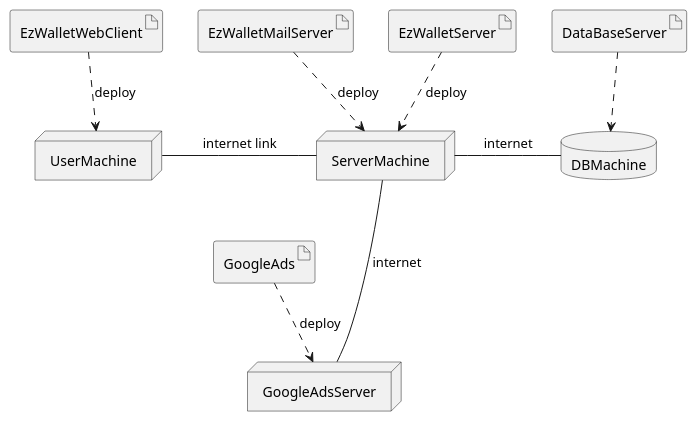
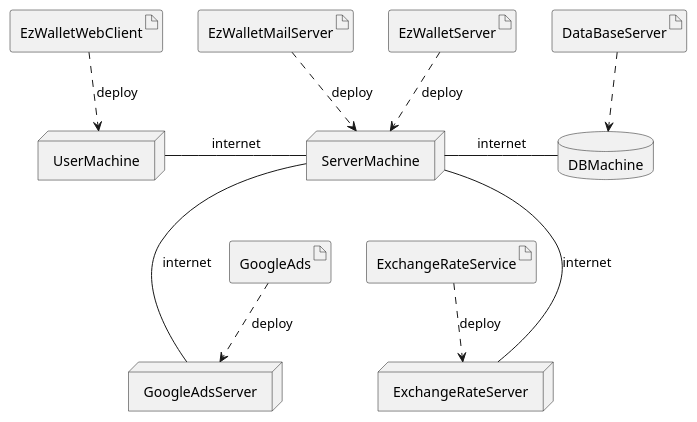
The fifth of 5 diagrams in RequirementsDocumentV2.md (lara-m2000/ezwallet), drawn with PlantUML before and after one commit. The commit also changed other lines of this file, not shown here.

````diff
--- a/RequirementsDocumentV2.md
+++ b/RequirementsDocumentV2.md
@@ -1312,36 +1319,43 @@
 ```plantuml
 @startuml
 
 artifact EzWalletMailServer
 artifact EzWalletServer
 node ServerMachine
 
 EzWalletServer ..> ServerMachine : deploy
 EzWalletMailServer ..> ServerMachine : deploy
 
 artifact DataBaseServer
 database DBMachine
 
 DataBaseServer ..> DBMachine
 
 
 
 ServerMachine - DBMachine : internet
 
 artifact EzWalletWebClient
 node UserMachine
 
 EzWalletWebClient ..> UserMachine : deploy
 
-UserMachine - ServerMachine : internet link
+UserMachine - ServerMachine : internet
 
 artifact GoogleAds
 node GoogleAdsServer
 
 GoogleAds ..> GoogleAdsServer : deploy
 
 ServerMachine --- GoogleAdsServer : internet
 
+artifact ExchangeRateService
+node ExchangeRateServer
+
+ServerMachine --- ExchangeRateServer : internet
+
+ExchangeRateService ..> ExchangeRateServer : deploy 
+
 
 @enduml
 ```
````
